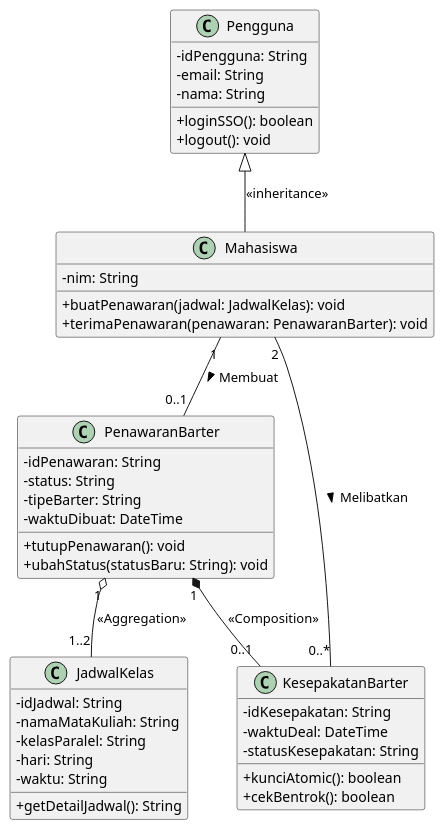
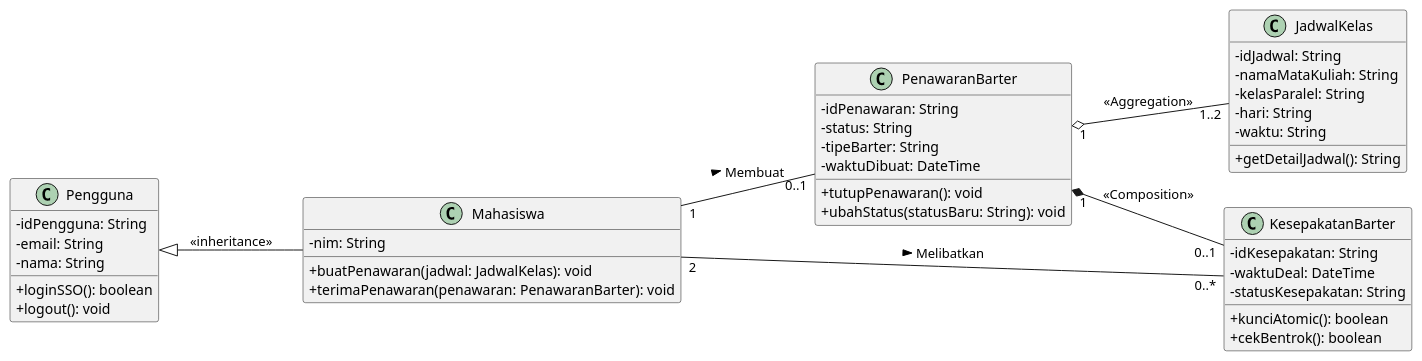
The second of 4 diagrams in laporan_akhir_bab_3_barter.md (gimigkk/KRSwitch-backend), drawn with PlantUML before and after one commit.

Commit message:
docs: laporan diagram direction

````diff
--- a/laporan_akhir_bab_3_barter.md
+++ b/laporan_akhir_bab_3_barter.md
@@ -79,51 +78,52 @@
 ```plantuml
 @startuml
+left to right direction
 skinparam classAttributeIconSize 0
 
 class Pengguna {
   - idPengguna: String
   - email: String
   - nama: String
   + loginSSO(): boolean
   + logout(): void
 }
 
 class Mahasiswa {
   - nim: String
   + buatPenawaran(jadwal: JadwalKelas): void
   + terimaPenawaran(penawaran: PenawaranBarter): void
 }
 
 class PenawaranBarter {
   - idPenawaran: String
   - status: String
   - tipeBarter: String
   - waktuDibuat: DateTime
   + tutupPenawaran(): void
   + ubahStatus(statusBaru: String): void
 }
 
 class JadwalKelas {
   - idJadwal: String
   - namaMataKuliah: String
   - kelasParalel: String
   - hari: String
   - waktu: String
   + getDetailJadwal(): String
 }
 
 class KesepakatanBarter {
   - idKesepakatan: String
   - waktuDeal: DateTime
   - statusKesepakatan: String
   + kunciAtomic(): boolean
   + cekBentrok(): boolean
 }
 
 Pengguna <|-- Mahasiswa : <<inheritance>>
 Mahasiswa "1" -- "0..1" PenawaranBarter : Membuat >
 Mahasiswa "2" -- "0..*" KesepakatanBarter : Melibatkan >
 PenawaranBarter "1" o-- "1..2" JadwalKelas : <<Aggregation>>
 PenawaranBarter "1" *-- "0..1" KesepakatanBarter : <<Composition>>
 @enduml
 ```
````
